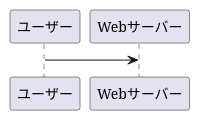
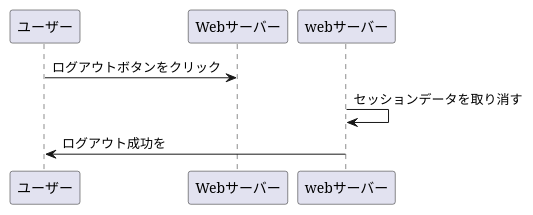
One commit to Aso2001227/Aso-Sports-1 changed the diagram in 設計書/02_業務フロー/business-flow2.md. Above: the diagram before and after it, drawn with PlantUML.

````diff
--- a/設計書/02_業務フロー/business-flow2.md
+++ b/設計書/02_業務フロー/business-flow2.md
@@ -1,5 +1,7 @@
 ```uml
 @startuml
-ユーザー ->Webサーバー :
+ユーザー ->Webサーバー :ログアウトボタンをクリック
+webサーバー -> webサーバー :セッションデータを取り消す
+webサーバー -> ユーザー :ログアウト成功を
 @enduml
 ```
````
